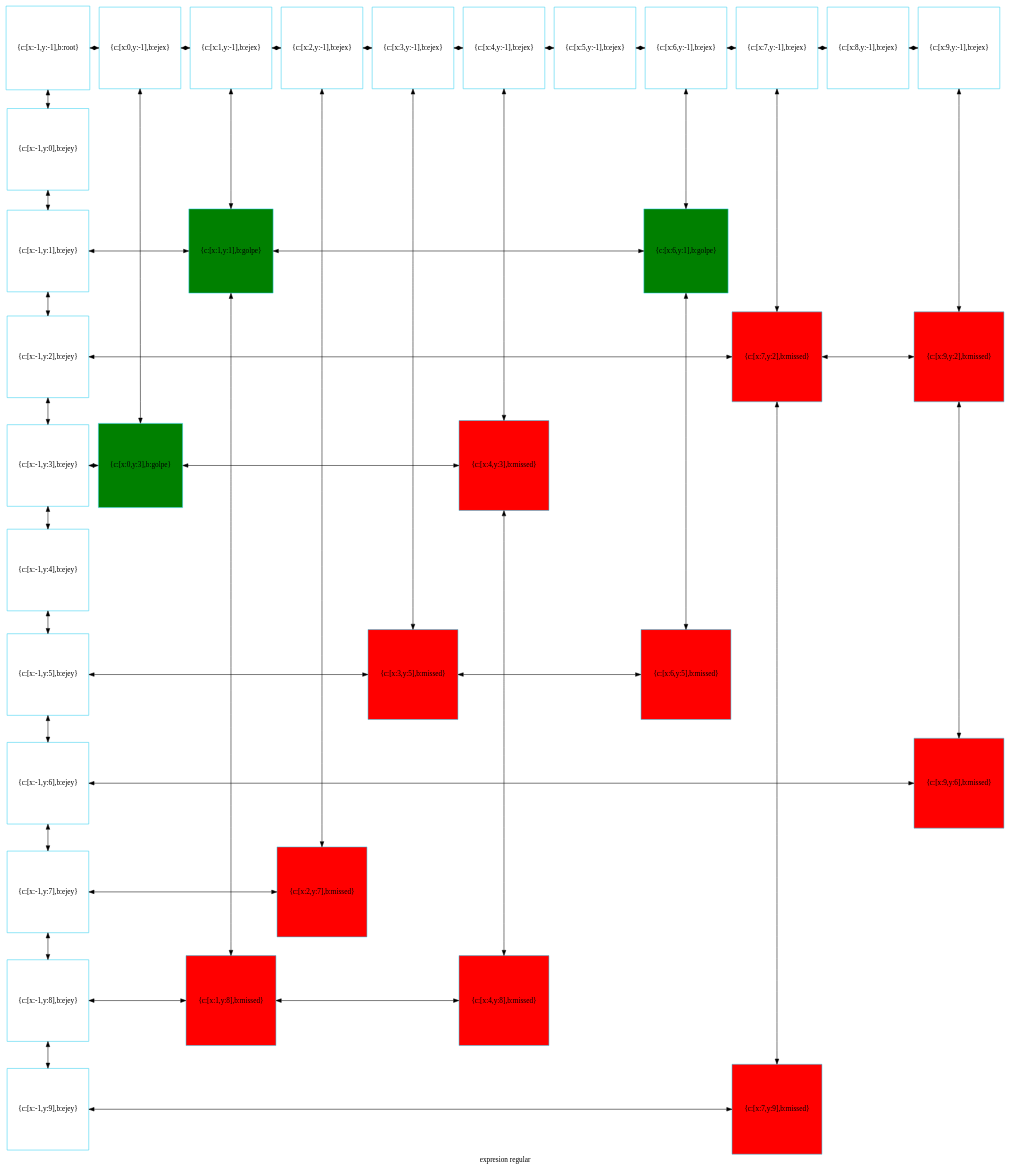
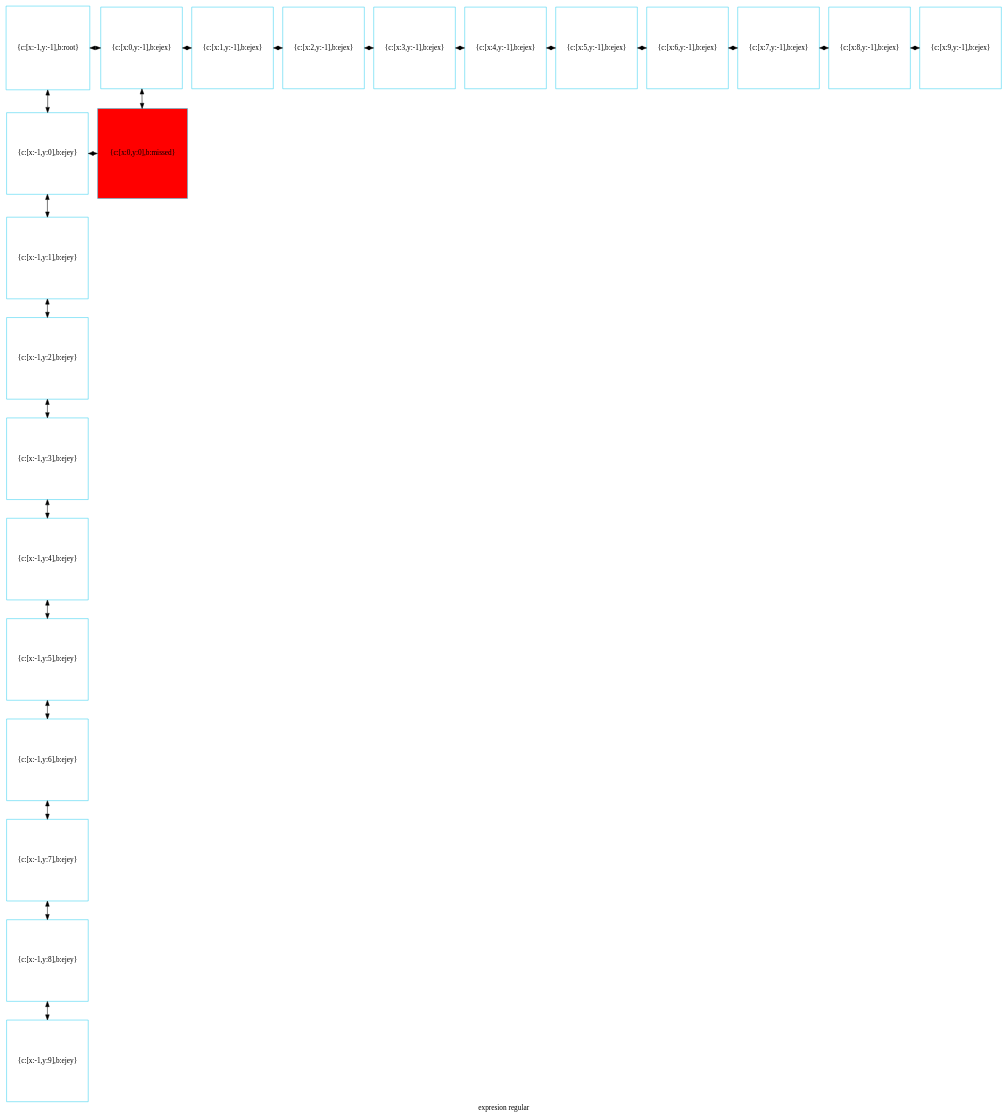
Before and after one commit to betebetoven/EDDS2F2: the diagram in disp_jug.dot, drawn with Graphviz. The commit also changed 23 other files, not shown here.

```diff
--- a/disp_jug.dot
+++ b/disp_jug.dot
@@ -1,100 +1,64 @@
 digraph G
 {label="expresion regular"
         node[shape = square]
         node[style = filled]
         node[fillcolor = "#EEEEE"]
         node[color = "#EEEEE"]
         node[color = "#31CEF0"]
 
-101351569536[label="{c:[x:-1,y:-1],b:root}",fillcolor = "white"]
-101351569680[label="{c:[x:0,y:-1],b:ejex}",fillcolor = "white"]
-101351569824[label="{c:[x:1,y:-1],b:ejex}",fillcolor = "white"]
-101351569968[label="{c:[x:2,y:-1],b:ejex}",fillcolor = "white"]
-101351570112[label="{c:[x:3,y:-1],b:ejex}",fillcolor = "white"]
-101351570256[label="{c:[x:4,y:-1],b:ejex}",fillcolor = "white"]
-101351570400[label="{c:[x:5,y:-1],b:ejex}",fillcolor = "white"]
-101351570544[label="{c:[x:6,y:-1],b:ejex}",fillcolor = "white"]
-101351570688[label="{c:[x:7,y:-1],b:ejex}",fillcolor = "white"]
-101351570832[label="{c:[x:8,y:-1],b:ejex}",fillcolor = "white"]
-101351570976[label="{c:[x:9,y:-1],b:ejex}",fillcolor = "white"]
-101351571120[label="{c:[x:-1,y:0],b:ejey}",fillcolor = "white"]
-101351571264[label="{c:[x:-1,y:1],b:ejey}",fillcolor = "white"]
-101351530560[label="{c:[x:1,y:1],b:golpe}",fillcolor = "green"]
-101351518416[label="{c:[x:6,y:1],b:golpe}",fillcolor = "green"]
-101351571408[label="{c:[x:-1,y:2],b:ejey}",fillcolor = "white"]
-101329606592[label="{c:[x:7,y:2],b:missed}",fillcolor = "red"]
-101329607360[label="{c:[x:9,y:2],b:missed}",fillcolor = "red"]
-101351583904[label="{c:[x:-1,y:3],b:ejey}",fillcolor = "white"]
-101351520432[label="{c:[x:0,y:3],b:golpe}",fillcolor = "green"]
-101329605392[label="{c:[x:4,y:3],b:missed}",fillcolor = "red"]
-101351584048[label="{c:[x:-1,y:4],b:ejey}",fillcolor = "white"]
-101351584192[label="{c:[x:-1,y:5],b:ejey}",fillcolor = "white"]
-101329604960[label="{c:[x:3,y:5],b:missed}",fillcolor = "red"]
-101329606160[label="{c:[x:6,y:5],b:missed}",fillcolor = "red"]
-101351584336[label="{c:[x:-1,y:6],b:ejey}",fillcolor = "white"]
-101329607600[label="{c:[x:9,y:6],b:missed}",fillcolor = "red"]
-101351584480[label="{c:[x:-1,y:7],b:ejey}",fillcolor = "white"]
-101351661424[label="{c:[x:2,y:7],b:missed}",fillcolor = "red"]
-101351584624[label="{c:[x:-1,y:8],b:ejey}",fillcolor = "white"]
-101351660944[label="{c:[x:1,y:8],b:missed}",fillcolor = "red"]
-101329605632[label="{c:[x:4,y:8],b:missed}",fillcolor = "red"]
-101351584768[label="{c:[x:-1,y:9],b:ejey}",fillcolor = "white"]
-101329606832[label="{c:[x:7,y:9],b:missed}",fillcolor = "red"]
-101351569536->101351571120[dir = both];
-101351571120->101351571264[dir = both];
-101351571264->101351571408[dir = both];
-101351571408->101351583904[dir = both];
-101351583904->101351584048[dir = both];
-101351584048->101351584192[dir = both];
-101351584192->101351584336[dir = both];
-101351584336->101351584480[dir = both];
-101351584480->101351584624[dir = both];
-101351584624->101351584768[dir = both];
-101351569680->101351520432[dir = both];
-101351569824->101351530560[dir = both];
-101351530560->101351660944[dir = both];
-101351569968->101351661424[dir = both];
-101351570112->101329604960[dir = both];
-101351570256->101329605392[dir = both];
-101329605392->101329605632[dir = both];
-101351570544->101351518416[dir = both];
-101351518416->101329606160[dir = both];
-101351570688->101329606592[dir = both];
-101329606592->101329606832[dir = both];
-101351570976->101329607360[dir = both];
-101329607360->101329607600[dir = both];
-101351569536->101351569680[dir = both];
-101351569680->101351569824[dir = both];
-101351569824->101351569968[dir = both];
-101351569968->101351570112[dir = both];
-101351570112->101351570256[dir = both];
-101351570256->101351570400[dir = both];
-101351570400->101351570544[dir = both];
-101351570544->101351570688[dir = both];
-101351570688->101351570832[dir = both];
-101351570832->101351570976[dir = both];
-101351571264->101351530560[constraint=false,dir = both];
-101351530560->101351518416[constraint=false,dir = both];
-101351571408->101329606592[constraint=false,dir = both];
-101329606592->101329607360[constraint=false,dir = both];
-101351583904->101351520432[constraint=false,dir = both];
-101351520432->101329605392[constraint=false,dir = both];
-101351584192->101329604960[constraint=false,dir = both];
-101329604960->101329606160[constraint=false,dir = both];
-101351584336->101329607600[constraint=false,dir = both];
-101351584480->101351661424[constraint=false,dir = both];
-101351584624->101351660944[constraint=false,dir = both];
-101351660944->101329605632[constraint=false,dir = both];
-101351584768->101329606832[constraint=false,dir = both];
- {rank=same; 101351569536;101351569680;101351569824;101351569968;101351570112;101351570256;101351570400;101351570544;101351570688;101351570832;101351570976;}
- {rank=same; 101351571120;}
- {rank=same; 101351571264;101351530560;101351518416;}
- {rank=same; 101351571408;101329606592;101329607360;}
- {rank=same; 101351583904;101351520432;101329605392;}
- {rank=same; 101351584048;}
- {rank=same; 101351584192;101329604960;101329606160;}
- {rank=same; 101351584336;101329607600;}
- {rank=same; 101351584480;101351661424;}
- {rank=same; 101351584624;101351660944;101329605632;}
- {rank=same; 101351584768;101329606832;}
+2027290013376[label="{c:[x:-1,y:-1],b:root}",fillcolor = "white"]
+2027290013856[label="{c:[x:0,y:-1],b:ejex}",fillcolor = "white"]
+2027290014000[label="{c:[x:1,y:-1],b:ejex}",fillcolor = "white"]
+2027290014144[label="{c:[x:2,y:-1],b:ejex}",fillcolor = "white"]
+2027290014288[label="{c:[x:3,y:-1],b:ejex}",fillcolor = "white"]
+2027290014432[label="{c:[x:4,y:-1],b:ejex}",fillcolor = "white"]
+2027290014576[label="{c:[x:5,y:-1],b:ejex}",fillcolor = "white"]
+2027290014720[label="{c:[x:6,y:-1],b:ejex}",fillcolor = "white"]
+2027290014864[label="{c:[x:7,y:-1],b:ejex}",fillcolor = "white"]
+2027290015008[label="{c:[x:8,y:-1],b:ejex}",fillcolor = "white"]
+2027290015152[label="{c:[x:9,y:-1],b:ejex}",fillcolor = "white"]
+2027290015296[label="{c:[x:-1,y:0],b:ejey}",fillcolor = "white"]
+2027290121392[label="{c:[x:0,y:0],b:missed}",fillcolor = "red"]
+2027290015440[label="{c:[x:-1,y:1],b:ejey}",fillcolor = "white"]
+2027290015584[label="{c:[x:-1,y:2],b:ejey}",fillcolor = "white"]
+2027290015728[label="{c:[x:-1,y:3],b:ejey}",fillcolor = "white"]
+2027290015872[label="{c:[x:-1,y:4],b:ejey}",fillcolor = "white"]
+2027290016016[label="{c:[x:-1,y:5],b:ejey}",fillcolor = "white"]
+2027290016160[label="{c:[x:-1,y:6],b:ejey}",fillcolor = "white"]
+2027290016304[label="{c:[x:-1,y:7],b:ejey}",fillcolor = "white"]
+2027290016448[label="{c:[x:-1,y:8],b:ejey}",fillcolor = "white"]
+2027290016592[label="{c:[x:-1,y:9],b:ejey}",fillcolor = "white"]
+2027290013376->2027290015296[dir = both];
+2027290015296->2027290015440[dir = both];
+2027290015440->2027290015584[dir = both];
+2027290015584->2027290015728[dir = both];
+2027290015728->2027290015872[dir = both];
+2027290015872->2027290016016[dir = both];
+2027290016016->2027290016160[dir = both];
+2027290016160->2027290016304[dir = both];
+2027290016304->2027290016448[dir = both];
+2027290016448->2027290016592[dir = both];
+2027290013856->2027290121392[dir = both];
+2027290013376->2027290013856[dir = both];
+2027290013856->2027290014000[dir = both];
+2027290014000->2027290014144[dir = both];
+2027290014144->2027290014288[dir = both];
+2027290014288->2027290014432[dir = both];
+2027290014432->2027290014576[dir = both];
+2027290014576->2027290014720[dir = both];
+2027290014720->2027290014864[dir = both];
+2027290014864->2027290015008[dir = both];
+2027290015008->2027290015152[dir = both];
+2027290015296->2027290121392[constraint=false,dir = both];
+ {rank=same; 2027290013376;2027290013856;2027290014000;2027290014144;2027290014288;2027290014432;2027290014576;2027290014720;2027290014864;2027290015008;2027290015152;}
+ {rank=same; 2027290015296;2027290121392;}
+ {rank=same; 2027290015440;}
+ {rank=same; 2027290015584;}
+ {rank=same; 2027290015728;}
+ {rank=same; 2027290015872;}
+ {rank=same; 2027290016016;}
+ {rank=same; 2027290016160;}
+ {rank=same; 2027290016304;}
+ {rank=same; 2027290016448;}
+ {rank=same; 2027290016592;}
 }
```
